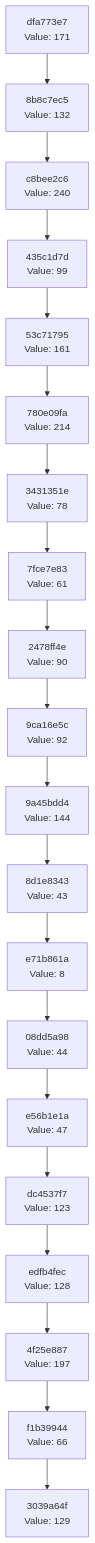
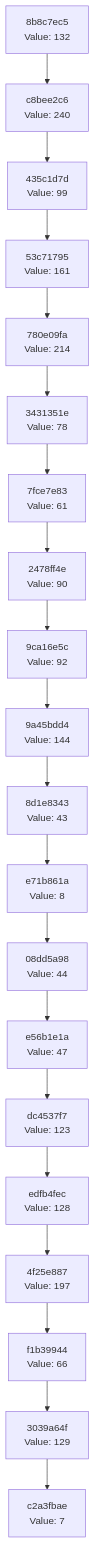
Before and after one commit to Abhisheksinha1506/hash-chain-evolver: the diagram in docs/CHAIN_VISUALIZATION.md, drawn with Mermaid. The commit also changed 2 other files, not shown here.

Commit message:
Evolution step: hash 0x07 → action executed

````diff
--- a/docs/CHAIN_VISUALIZATION.md
+++ b/docs/CHAIN_VISUALIZATION.md
@@ -3,42 +3,42 @@
 ```mermaid
 graph TD
-    C0["3039a64f<br/>Value: 129"]
-    C1["f1b39944<br/>Value: 66"]
+    C0["c2a3fbae<br/>Value: 7"]
+    C1["3039a64f<br/>Value: 129"]
     C1 --> C0
-    C2["4f25e887<br/>Value: 197"]
+    C2["f1b39944<br/>Value: 66"]
     C2 --> C1
-    C3["edfb4fec<br/>Value: 128"]
+    C3["4f25e887<br/>Value: 197"]
     C3 --> C2
-    C4["dc4537f7<br/>Value: 123"]
+    C4["edfb4fec<br/>Value: 128"]
     C4 --> C3
-    C5["e56b1e1a<br/>Value: 47"]
+    C5["dc4537f7<br/>Value: 123"]
     C5 --> C4
-    C6["08dd5a98<br/>Value: 44"]
+    C6["e56b1e1a<br/>Value: 47"]
     C6 --> C5
-    C7["e71b861a<br/>Value: 8"]
+    C7["08dd5a98<br/>Value: 44"]
     C7 --> C6
-    C8["8d1e8343<br/>Value: 43"]
+    C8["e71b861a<br/>Value: 8"]
     C8 --> C7
-    C9["9a45bdd4<br/>Value: 144"]
+    C9["8d1e8343<br/>Value: 43"]
     C9 --> C8
-    C10["9ca16e5c<br/>Value: 92"]
+    C10["9a45bdd4<br/>Value: 144"]
     C10 --> C9
-    C11["2478ff4e<br/>Value: 90"]
+    C11["9ca16e5c<br/>Value: 92"]
     C11 --> C10
-    C12["7fce7e83<br/>Value: 61"]
+    C12["2478ff4e<br/>Value: 90"]
     C12 --> C11
-    C13["3431351e<br/>Value: 78"]
+    C13["7fce7e83<br/>Value: 61"]
     C13 --> C12
-    C14["780e09fa<br/>Value: 214"]
+    C14["3431351e<br/>Value: 78"]
     C14 --> C13
-    C15["53c71795<br/>Value: 161"]
+    C15["780e09fa<br/>Value: 214"]
     C15 --> C14
-    C16["435c1d7d<br/>Value: 99"]
+    C16["53c71795<br/>Value: 161"]
     C16 --> C15
-    C17["c8bee2c6<br/>Value: 240"]
+    C17["435c1d7d<br/>Value: 99"]
     C17 --> C16
-    C18["8b8c7ec5<br/>Value: 132"]
+    C18["c8bee2c6<br/>Value: 240"]
     C18 --> C17
-    C19["dfa773e7<br/>Value: 171"]
+    C19["8b8c7ec5<br/>Value: 132"]
     C19 --> C18
 ```
````
